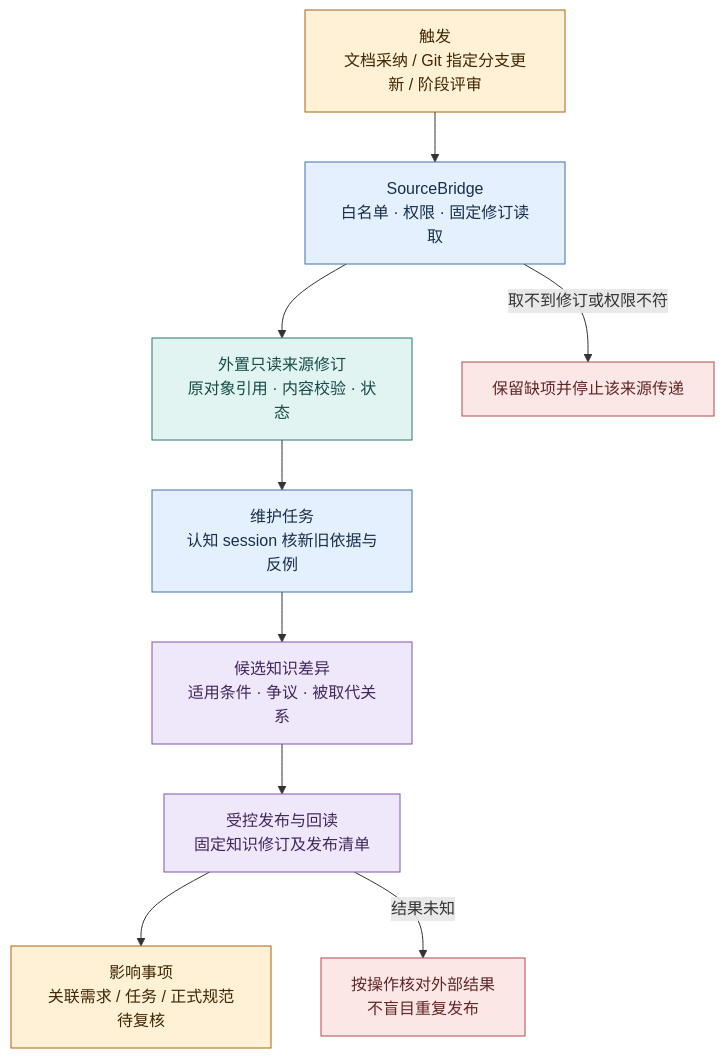
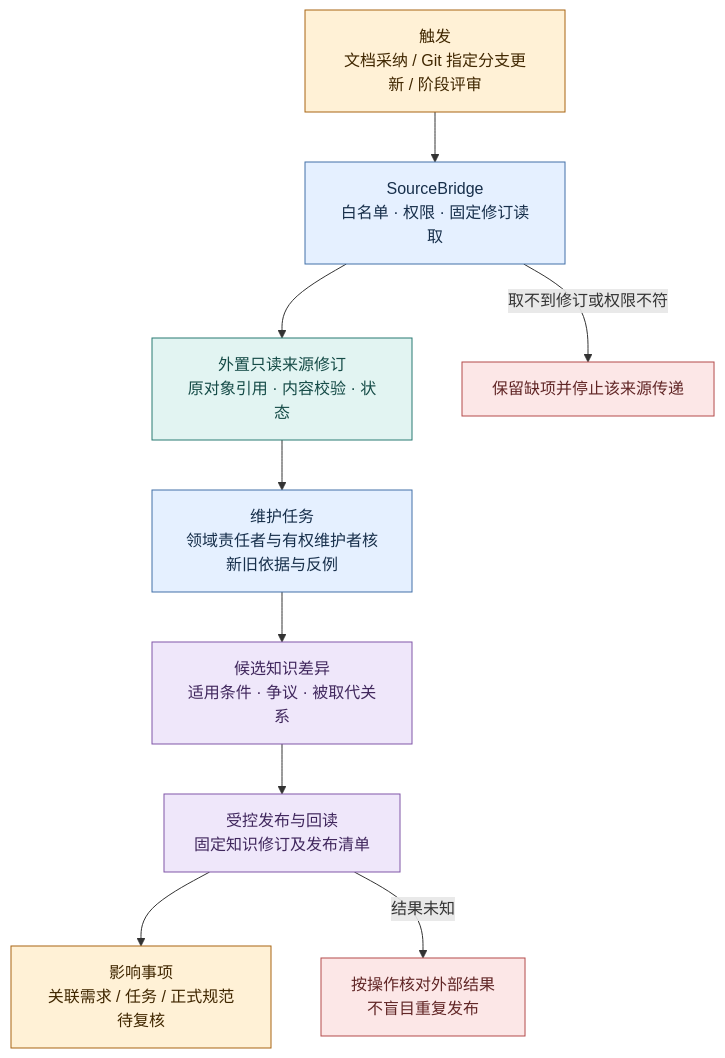
One commit to cyl19970726/evoLoop changed the second of 2 diagrams in docs/architecture/knowledge-flow.md. Above: the diagram before and after it, drawn with Mermaid. The commit also changed 27 other files, not shown here.

````diff
--- a/docs/architecture/knowledge-flow.md
+++ b/docs/architecture/knowledge-flow.md
@@ -75,18 +75,18 @@
 ```mermaid
 flowchart TB
   A["触发<br/>文档采纳 / Git 指定分支更新 / 阶段评审"]:::event
   B["SourceBridge<br/>白名单 · 权限 · 固定修订读取"]:::process
   C["外置只读来源修订<br/>原对象引用 · 内容校验 · 状态"]:::data
-  D["维护任务<br/>认知 session 核新旧依据与反例"]:::process
+  D["维护任务<br/>领域责任者与有权维护者核新旧依据与反例"]:::process
   E["候选知识差异<br/>适用条件 · 争议 · 被取代关系"]:::knowledge
   F["受控发布与回读<br/>固定知识修订及发布清单"]:::knowledge
   G["影响事项<br/>关联需求 / 任务 / 正式规范待复核"]:::event
   A --> B --> C --> D --> E --> F --> G
   B -->|取不到修订或权限不符| X["保留缺项并停止该来源传递"]:::exception
   F -->|结果未知| Y["按操作核对外部结果<br/>不盲目重复发布"]:::exception
   classDef event fill:#FFF1D6,stroke:#A86412,color:#402700
   classDef process fill:#E5F0FF,stroke:#4270A8,color:#172F4B
   classDef data fill:#E2F4F2,stroke:#297A73,color:#154B47
   classDef knowledge fill:#EFE7FA,stroke:#8056A8,color:#40275D
   classDef exception fill:#FCE7E7,stroke:#B44B4B,color:#612626
 ```
````
